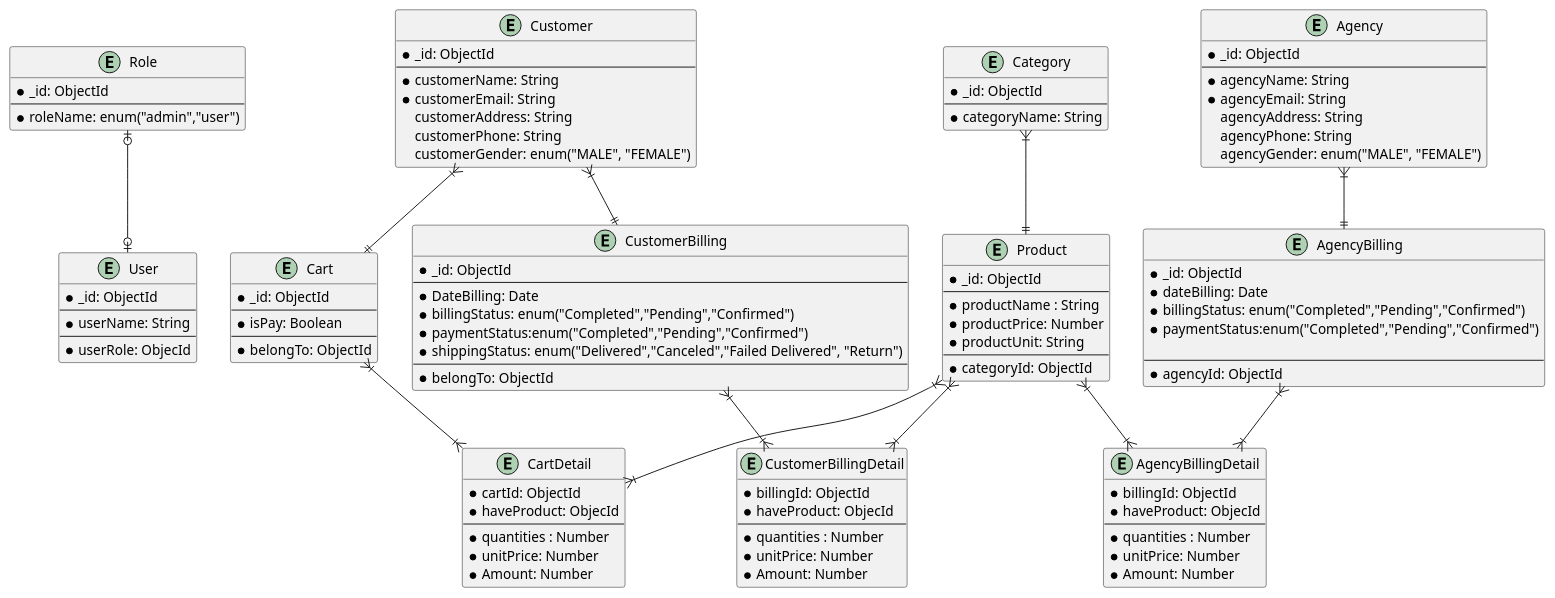
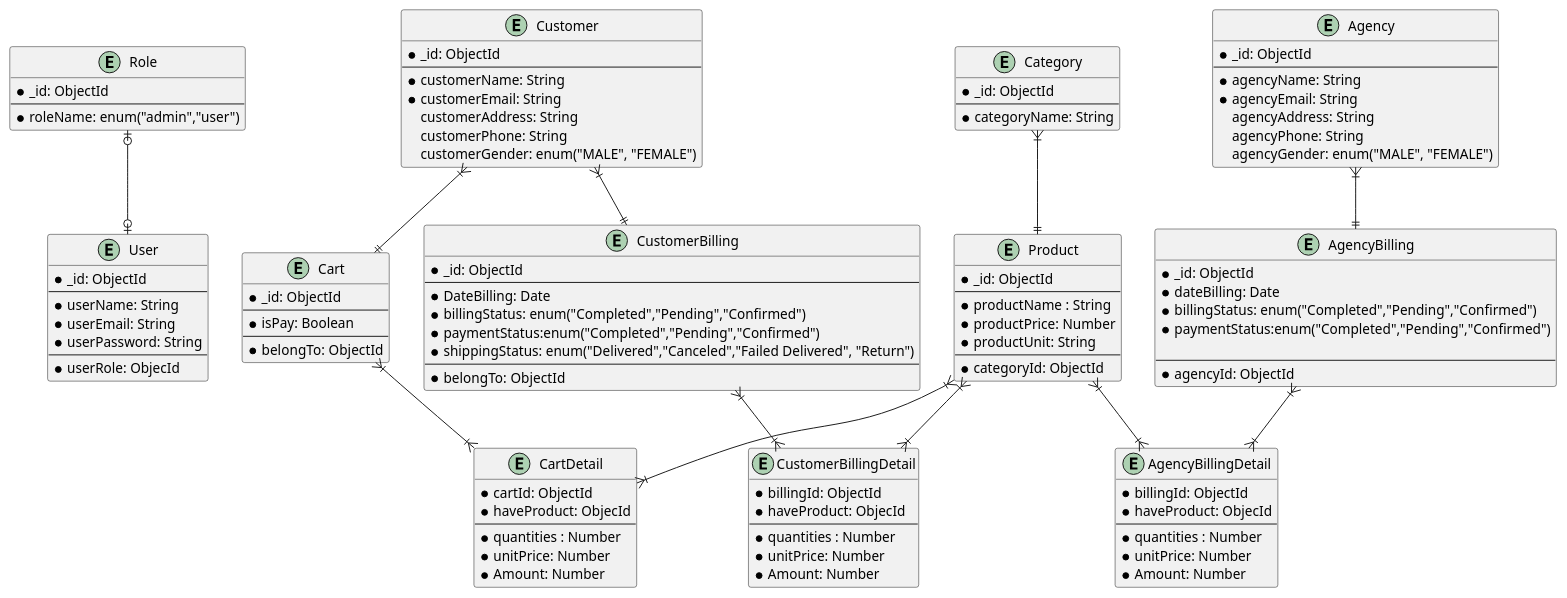
One commit to quangvinhln2008/testUDT changed the diagram in back-end/Diagram/ERD_E-commer.puml. Above: the diagram before and after it, drawn with PlantUML. The commit also changed 14 other files, not shown here.

```diff
--- a/back-end/Diagram/ERD_E-commer.puml
+++ b/back-end/Diagram/ERD_E-commer.puml
@@ -1,150 +1,152 @@
 @startuml E-commercial
    entity Role{
       * _id: ObjectId
       --
       *roleName: enum("admin","user")
    }
 
    entity User{
       * _id: ObjectId
       --
       *userName: String
+      *userEmail: String
+      *userPassword: String
       --
       * userRole: ObjecId
    }
    
    entity Category{
       *_id: ObjectId
       --
       *categoryName: String
    }
 
    entity Product {
       * _id: ObjectId
       --
       * productName : String
       * productPrice: Number
       * productUnit: String
       --
       * categoryId: ObjectId
    }
 
    entity Customer{
       * _id: ObjectId
       --
       * customerName: String
       * customerEmail: String
       customerAddress: String
       customerPhone: String
       customerGender: enum("MALE", "FEMALE")
    }
    
    entity Agency{
       * _id: ObjectId
       --
       * agencyName: String
       * agencyEmail: String
       agencyAddress: String
       agencyPhone: String
       agencyGender: enum("MALE", "FEMALE")
    }
    
    entity Cart {
       * _id: ObjectId
       --
       ' Default False
       * isPay: Boolean 
       --
       'ref Customer
       * belongTo: ObjectId
    }
 
    entity CartDetail{
       'ref Cart
       * cartId: ObjectId
       'ref Product
       * haveProduct: ObjecId
       --
       * quantities : Number
       * unitPrice: Number
       * Amount: Number
    }
 
    entity CustomerBilling{
       * _id: ObjectId
       --
       * DateBilling: Date
       * billingStatus: enum("Completed","Pending","Confirmed")
       * paymentStatus:enum("Completed","Pending","Confirmed")
       * shippingStatus: enum("Delivered","Canceled","Failed Delivered", "Return")
       --
       'ref Customer
       * belongTo: ObjectId
    }
 
    entity CustomerBillingDetail{
       'ref Cart
       * billingId: ObjectId
       'ref Product
       * haveProduct: ObjecId
       --
       * quantities : Number
       * unitPrice: Number
       * Amount: Number
    }
 
    entity AgencyBilling{
       * _id: ObjectId
       * dateBilling: Date
       * billingStatus: enum("Completed","Pending","Confirmed")
       * paymentStatus:enum("Completed","Pending","Confirmed")
 
       --
       * agencyId: ObjectId
    }
 
    entity AgencyBillingDetail{
       'ref AgencyBilling
       * billingId: ObjectId
       'ref Product
       * haveProduct: ObjecId
       --
       * quantities : Number
       * unitPrice: Number
       * Amount: Number
    }
 
    'one user have one role
    Role |o--o| User
    
    'one product belong to one category
    'one category have many product
    Category }|--|| Product
 
    'one cart belong to one customer
    'one customer have many cart
    Customer }|--|| Cart
 
    'one product have bought many cart
    'one cart have many product in cart
    Product }|--|{ CartDetail
    Cart }|--|{ CartDetail
 
     'one billing belong to one customer
    'one customer have many cart
    Customer }|--|| CustomerBilling
 
    'one product have in many billing
    'one billing have many product
    Product }|--|{ CustomerBillingDetail
    CustomerBilling }|--|{ CustomerBillingDetail
 
    'one cart belong to one customer
    'one customer have many cart
    Agency }|--|| AgencyBilling
 
    'one product have bought many billing of agency
    'one agency billing have many product
    Product }|--|{ AgencyBillingDetail
    AgencyBilling }|--|{ AgencyBillingDetail
 @enduml
```
